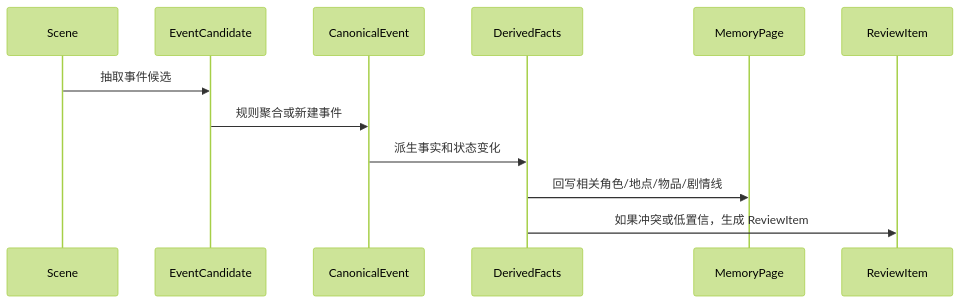
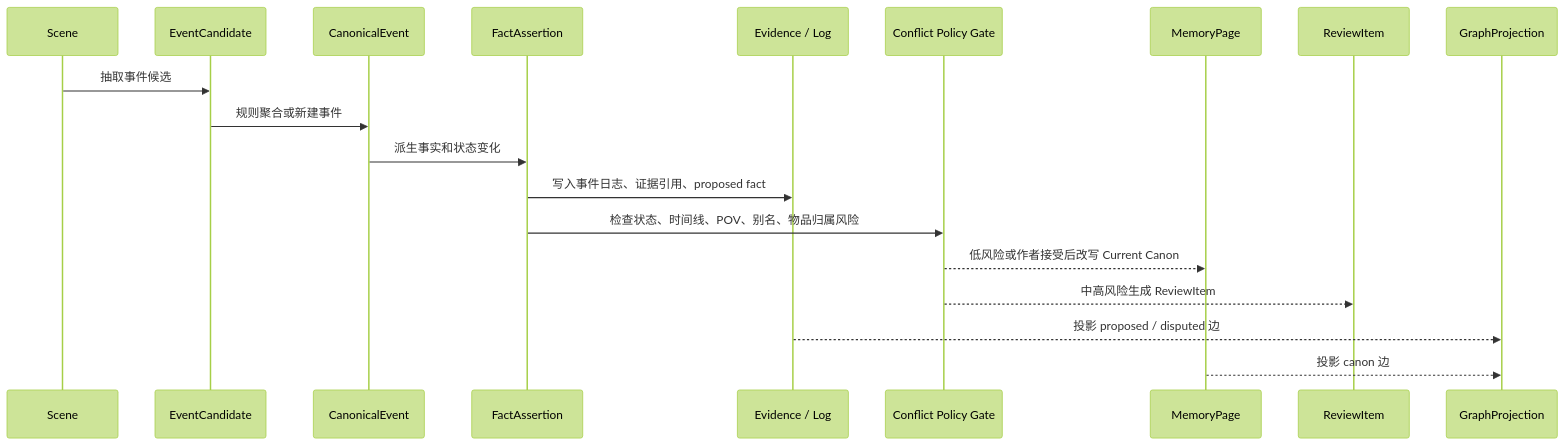
The fifth of 5 diagrams in goals/15-event-aggregation.md (FrankQDWang/sextantlabs), drawn with Mermaid (forest theme) before and after one commit. The commit also changed other lines of this file, not shown here.

Commit message:
Align event aggregation with canon promotion gate

````diff
--- a/goals/15-event-aggregation.md
+++ b/goals/15-event-aggregation.md
@@ -197,15 +209,22 @@
 ```mermaid
 sequenceDiagram
     participant Scene as Scene
     participant EC as EventCandidate
     participant CE as CanonicalEvent
-    participant Fact as DerivedFacts
+    participant Fact as FactAssertion
+    participant Log as Evidence / Log
+    participant Gate as Conflict Policy Gate
     participant Page as MemoryPage
     participant Review as ReviewItem
+    participant Graph as GraphProjection
 
     Scene->>EC: 抽取事件候选
     EC->>CE: 规则聚合或新建事件
     CE->>Fact: 派生事实和状态变化
-    Fact->>Page: 回写相关角色/地点/物品/剧情线
-    Fact->>Review: 如果冲突或低置信，生成 ReviewItem
+    Fact->>Log: 写入事件日志、证据引用、proposed fact
+    Fact->>Gate: 检查状态、时间线、POV、别名、物品归属风险
+    Gate-->>Page: 低风险或作者接受后改写 Current Canon
+    Gate-->>Review: 中高风险生成 ReviewItem
+    Log-->>Graph: 投影 proposed / disputed 边
+    Page-->>Graph: 投影 canon 边
 ```
````
